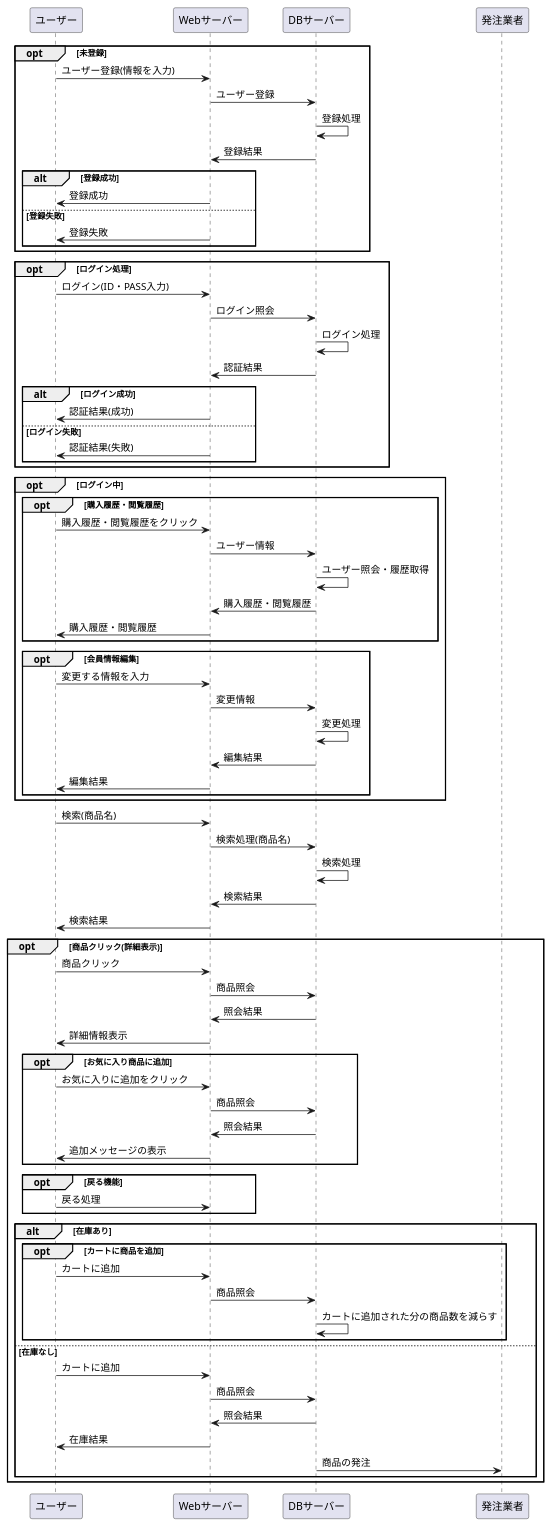
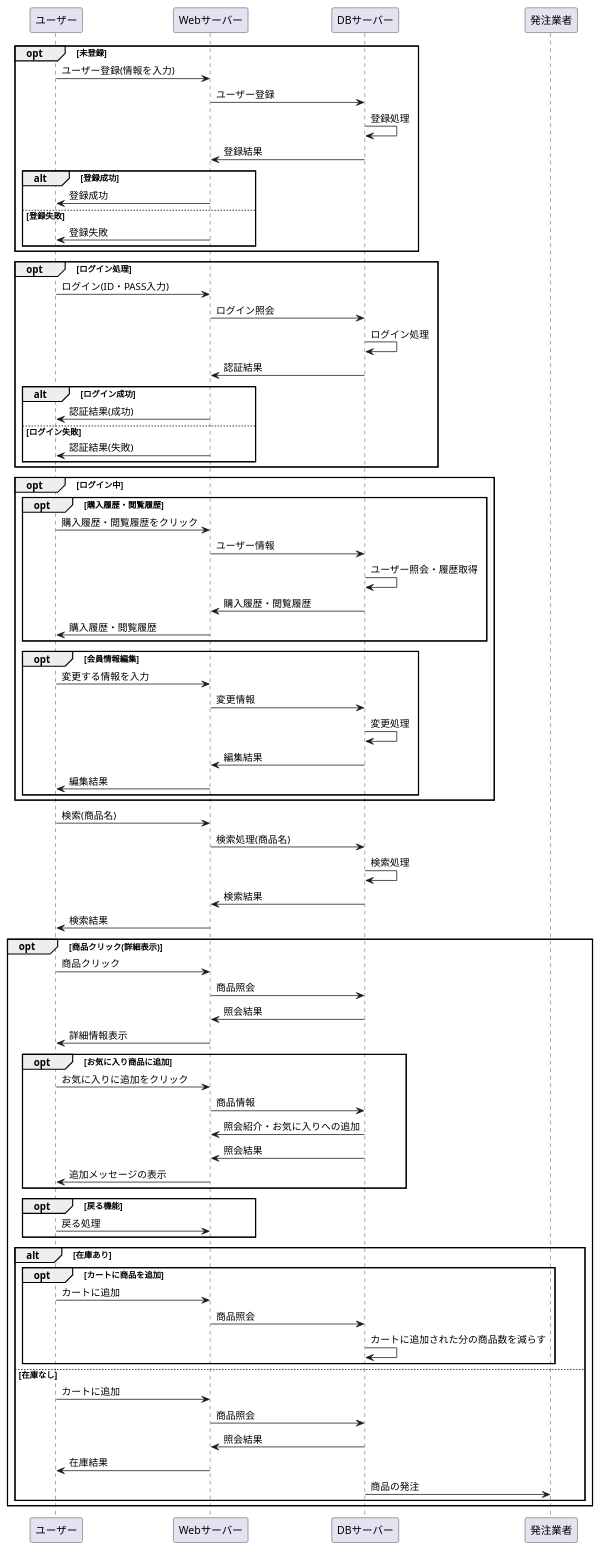
The diagram in システム開発/業務フロー.md (Aso2001163/2021sys-design-2), drawn with PlantUML before and after one commit.

```diff
--- a/システム開発/業務フロー.md
+++ b/システム開発/業務フロー.md
@@ -63,7 +63,8 @@
 
 opt お気に入り商品に追加
 ユーザー -> Webサーバー : お気に入りに追加をクリック
-Webサーバー -> DBサーバー : 商品照会
+Webサーバー -> DBサーバー : 商品情報
+DBサーバー -> Webサーバー : 照会紹介・お気に入りへの追加
 DBサーバー -> Webサーバー : 照会結果
 Webサーバー -> ユーザー : 追加メッセージの表示
 end
```
